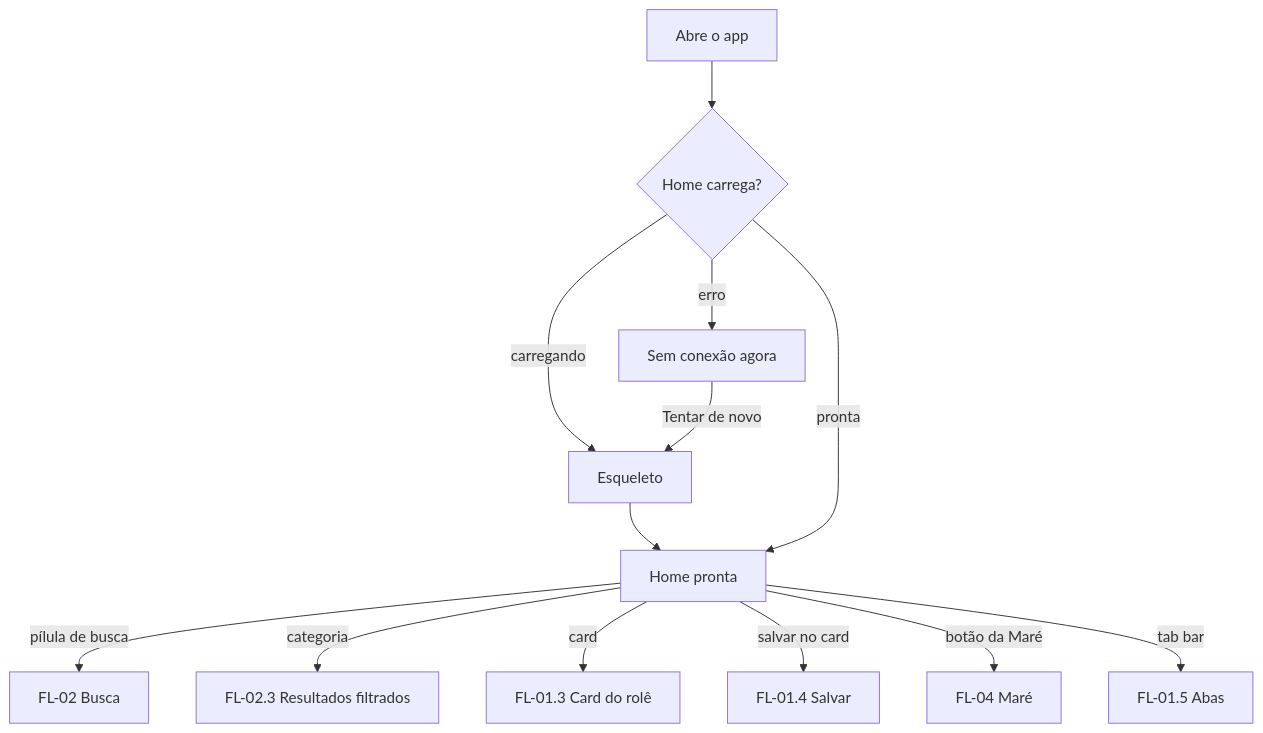
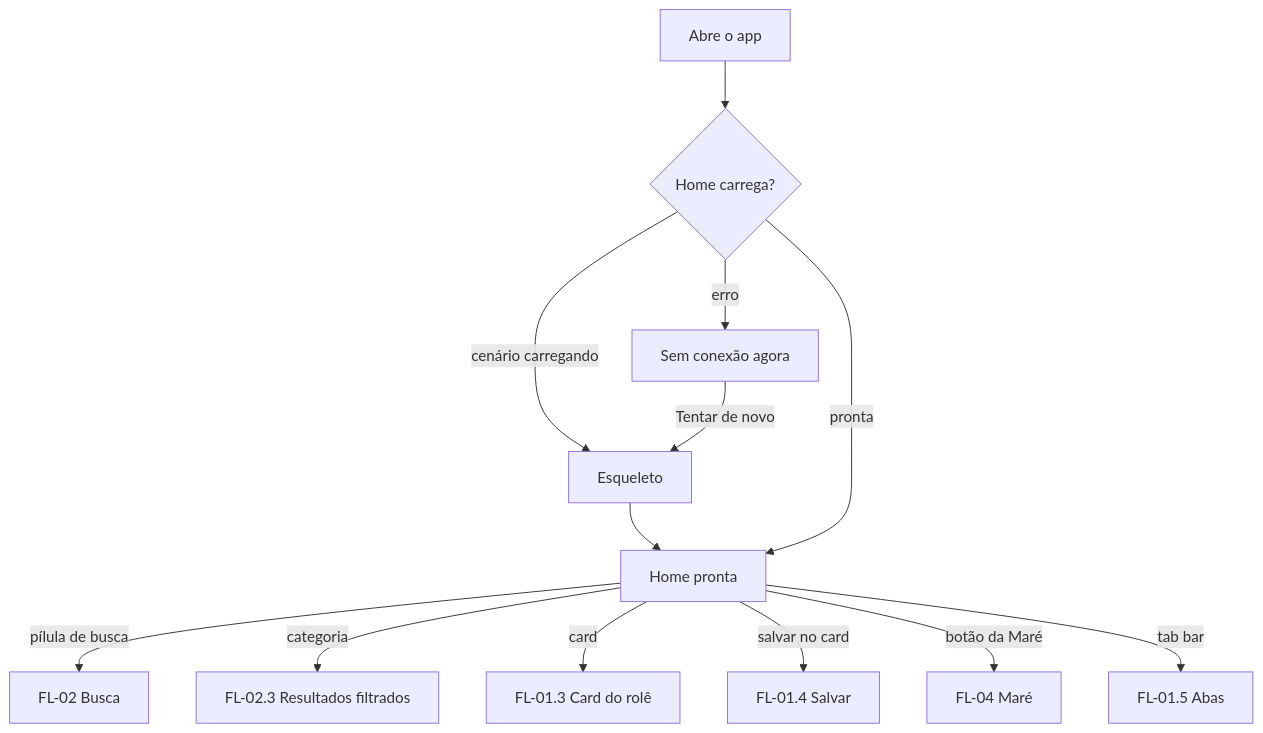
The diagram in docs/fluxos/explorar.md (RodrigoPabloMelo/service-design), drawn with Mermaid before and after one commit. The commit also changed other lines of this file and 6 other files, not shown here.

````diff
--- a/docs/fluxos/explorar.md
+++ b/docs/fluxos/explorar.md
@@ -8,14 +8,14 @@
 ```mermaid
 flowchart TD
   A[Abre o app] --> B{Home carrega?}
-  B -->|carregando| SK[Esqueleto]
+  B -->|cenário carregando| SK[Esqueleto]
   B -->|erro| E[Sem conexão agora] -->|Tentar de novo| SK
   SK --> H[Home pronta]
   B -->|pronta| H
   H -->|pílula de busca| FL02[FL-02 Busca]
   H -->|categoria| FL023[FL-02.3 Resultados filtrados]
   H -->|card| R[FL-01.3 Card do rolê]
   H -->|salvar no card| SV[FL-01.4 Salvar]
   H -->|botão da Maré| FL04[FL-04 Maré]
   H -->|tab bar| T[FL-01.5 Abas]
 ```
````
